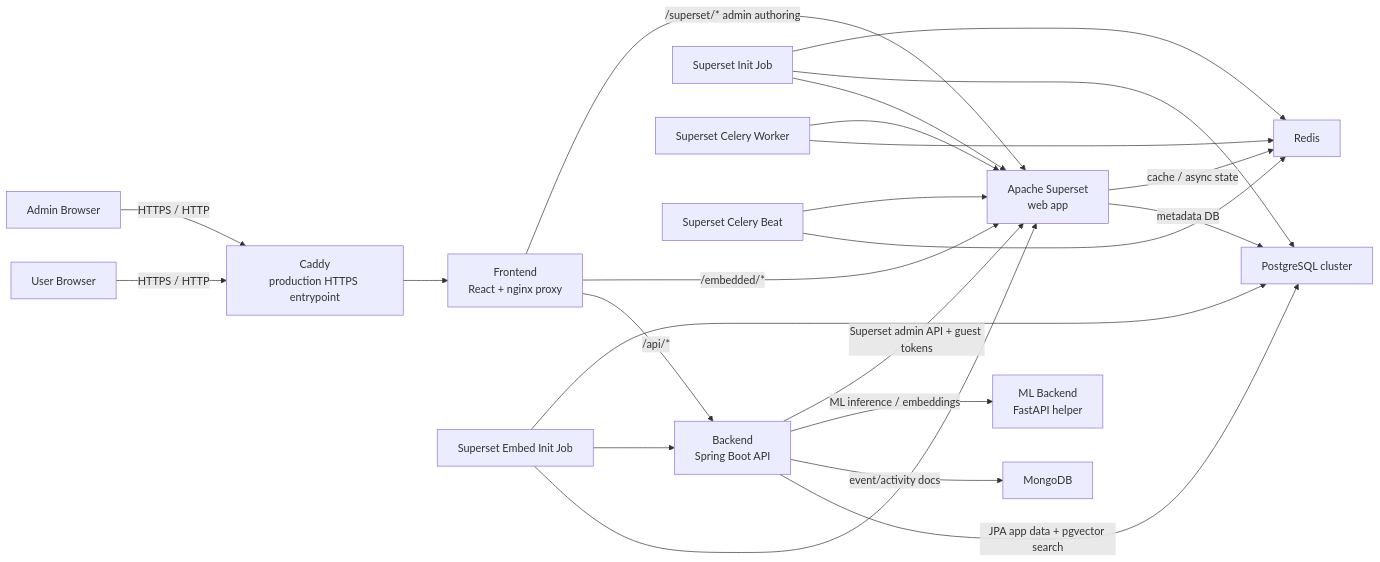
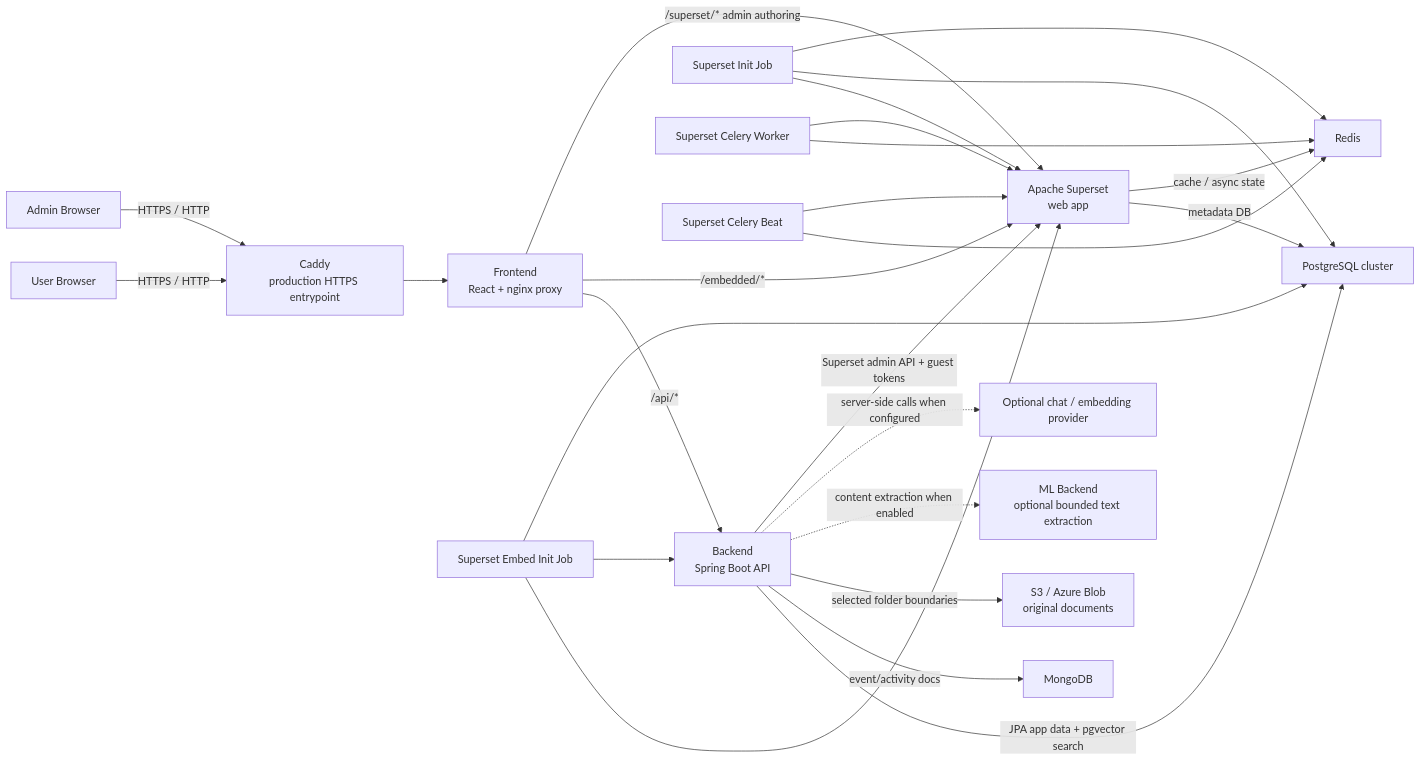
The diagram in docs/architecture.md (GrahamCHill/Meshable-Ops), drawn with Mermaid before and after one commit. The commit also changed other lines of this file and 176 other files, not shown here.

````diff
--- a/docs/architecture.md
+++ b/docs/architecture.md
@@ -25,48 +25,52 @@
 ```mermaid
 flowchart LR
     user["User Browser"]
     admin["Admin Browser"]
 
     caddy["Caddy\nproduction HTTPS entrypoint"]
     frontend["Frontend\nReact + nginx proxy"]
     backend["Backend\nSpring Boot API"]
-    ml["ML Backend\nFastAPI helper"]
+    ml["ML Backend\noptional bounded text extraction"]
+    objects["S3 / Azure Blob\noriginal documents"]
+    ai["Optional chat / embedding provider"]
 
     superset["Apache Superset\nweb app"]
     supersetInit["Superset Init Job"]
     supersetEmbedInit["Superset Embed Init Job"]
     supersetWorker["Superset Celery Worker"]
     supersetBeat["Superset Celery Beat"]
 
     pg["PostgreSQL cluster"]
     mongo["MongoDB"]
     redis["Redis"]
 
     user -->|"HTTPS / HTTP"| caddy
     admin -->|"HTTPS / HTTP"| caddy
     caddy --> frontend
 
     frontend -->|"/api/*"| backend
     frontend -->|"/embedded/*"| superset
     frontend -->|"/superset/* admin authoring"| superset
 
     backend -->|JPA app data + pgvector search| pg
     backend -->|event/activity docs| mongo
-    backend -->|ML inference / embeddings| ml
+    backend -->|selected folder boundaries| objects
+    backend -.->|content extraction when enabled| ml
+    backend -.->|server-side calls when configured| ai
     backend -->|Superset admin API + guest tokens| superset
 
     superset -->|metadata DB| pg
     superset -->|cache / async state| redis
     supersetWorker --> redis
     supersetBeat --> redis
     supersetWorker --> superset
     supersetBeat --> superset
 
     supersetInit --> superset
     supersetInit --> pg
     supersetInit --> redis
 
     supersetEmbedInit --> superset
     supersetEmbedInit --> backend
     supersetEmbedInit --> pg
 ```
````
